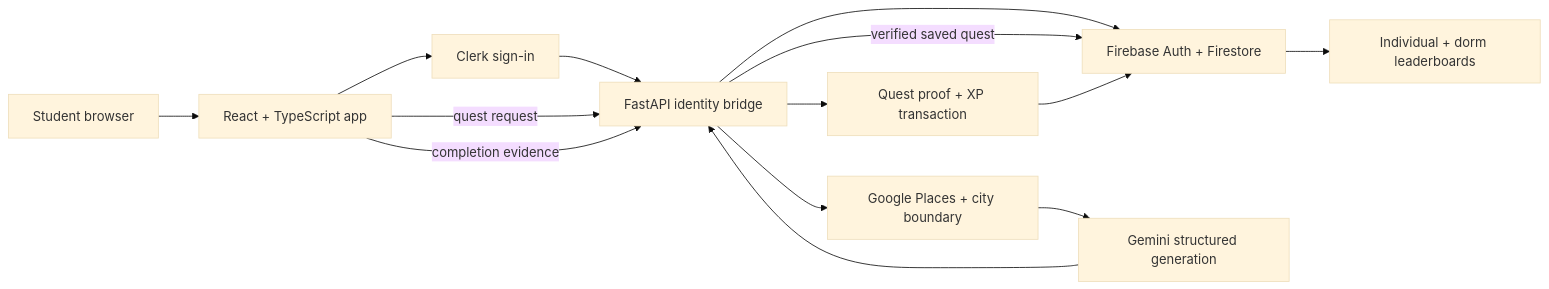
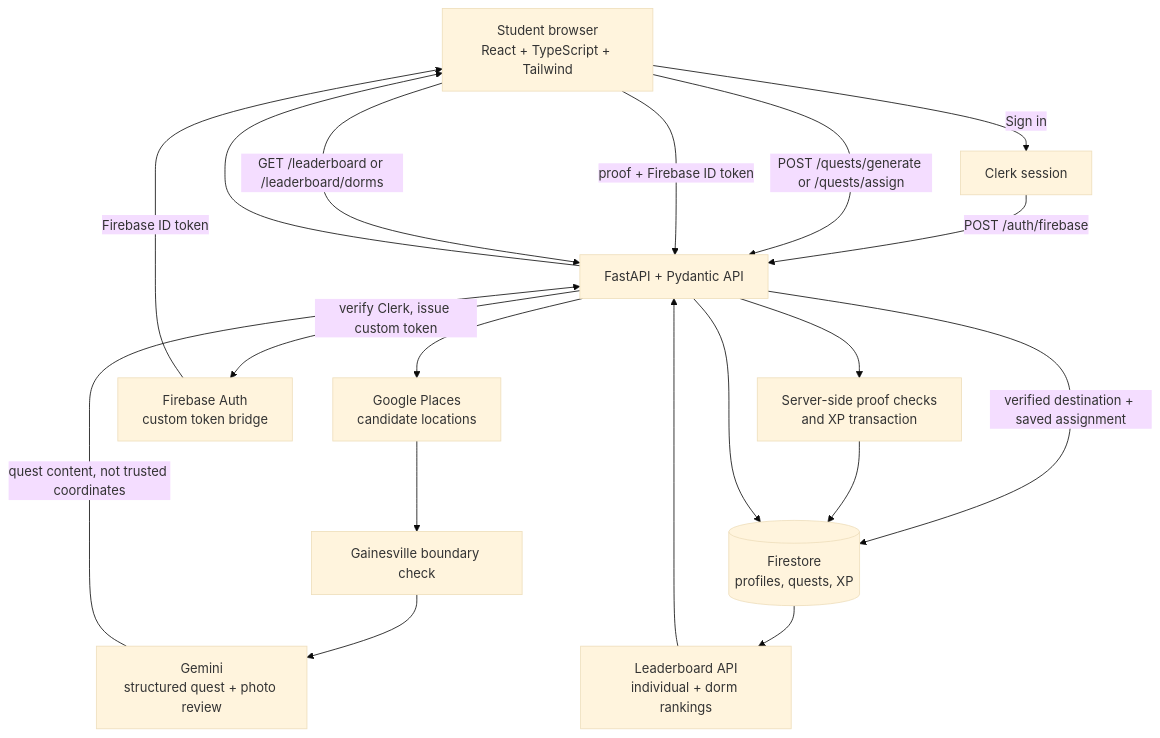
One commit to pavito157/Student_side_quester changed the diagram in README.md. Above: the diagram before and after it, drawn with Mermaid (base theme). The commit also changed other lines of this file, not shown here.

````diff
--- a/README.md
+++ b/README.md
@@ -67,26 +95,27 @@
 ```mermaid
-flowchart LR
-    Student[Student browser]
-    UI[React + TypeScript app]
-    Identity[Clerk sign-in]
-    Bridge[FastAPI identity bridge]
-    Firebase[Firebase Auth + Firestore]
-    Places[Google Places + city boundary]
-    Gemini[Gemini structured generation]
-    Progress[Quest proof + XP transaction]
-    Boards[Individual + dorm leaderboards]
+flowchart TD
+    Browser[Student browser<br/>React + TypeScript + Tailwind]
+    Clerk[Clerk session]
+    API[FastAPI + Pydantic API]
+    Places[Google Places<br/>candidate locations]
+    Boundary[Gainesville boundary check]
+    Gemini[Gemini<br/>structured quest + photo review]
+    Firestore[(Firestore<br/>profiles, quests, XP)]
+    Auth[Firebase Auth<br/>custom token bridge]
+    Proof[Server-side proof checks<br/>and XP transaction]
+    Rankings[Leaderboard API<br/>individual + dorm rankings]
 
-    Student --> UI
-    UI --> Identity
-    Identity --> Bridge
-    Bridge --> Firebase
-    UI -->|quest request| Bridge
-    Bridge --> Places
-    Places --> Gemini
-    Gemini --> Bridge
-    Bridge -->|verified saved quest| Firebase
-    UI -->|completion evidence| Bridge
-    Bridge --> Progress
-    Progress --> Firebase
-    Firebase --> Boards
+    Browser -->|Sign in| Clerk
+    Clerk -->|POST /auth/firebase| API
+    API -->|verify Clerk, issue custom token| Auth
+    Auth -->|Firebase ID token| Browser
+    Browser -->|POST /quests/generate or /quests/assign| API
+    API --> Places --> Boundary --> Gemini
+    Gemini -->|quest content, not trusted coordinates| API
+    API -->|verified destination + saved assignment| Firestore
+    Browser -->|proof + Firebase ID token| API
+    API --> Proof --> Firestore
+    Browser -->|GET /leaderboard or /leaderboard/dorms| API
+    API --> Firestore
+    Firestore --> Rankings --> API --> Browser
 ```
````
